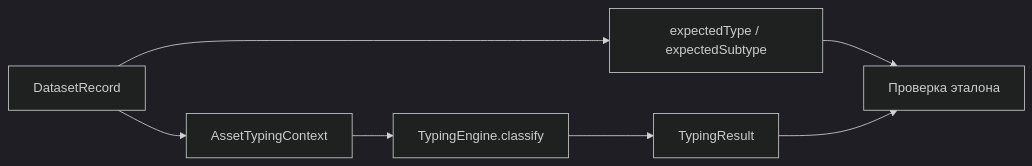
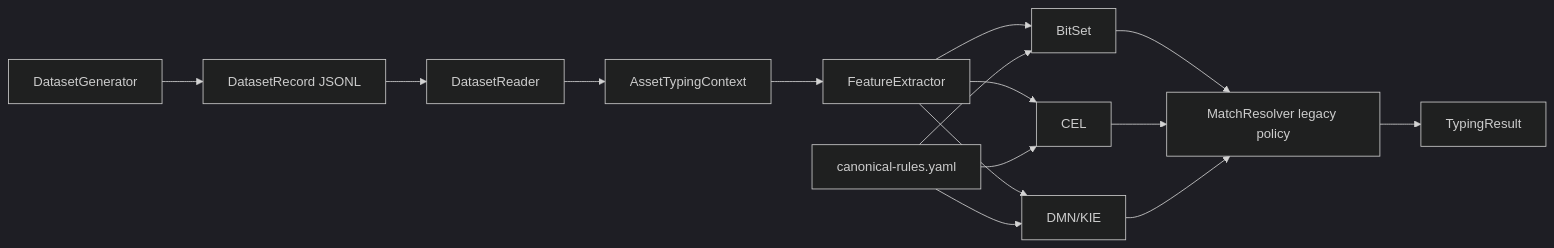
One commit to GAbra/itam-asset-typing-benchmark changed the first of 2 diagrams in docs/IMPLEMENTATION_RU.md. Above: the diagram before and after it, drawn with Mermaid (dark theme). The commit also changed other lines of this file and 5 other files, not shown here.

Commit message:
Align implementation docs with completed research architecture

````diff
--- a/docs/IMPLEMENTATION_RU.md
+++ b/docs/IMPLEMENTATION_RU.md
@@ -85,9 +71,13 @@
 ```mermaid
 flowchart LR
-    DR[DatasetRecord] --> C[AssetTypingContext]
-    DR --> GT[expectedType / expectedSubtype]
-    C --> E[TypingEngine.classify]
-    E --> R[TypingResult]
-    GT --> V[Проверка эталона]
-    R --> V
+    G[DatasetGenerator] --> J[DatasetRecord JSONL]
+    J --> R[DatasetReader]
+    R --> C[AssetTypingContext]
+    C --> F[FeatureExtractor]
+    F --> B[BitSet]
+    F --> E[CEL]
+    F --> D[DMN/KIE]
+    Y[canonical-rules.yaml] --> B & E & D
+    B & E & D --> M[MatchResolver legacy policy]
+    M --> O[TypingResult]
 ```
````
